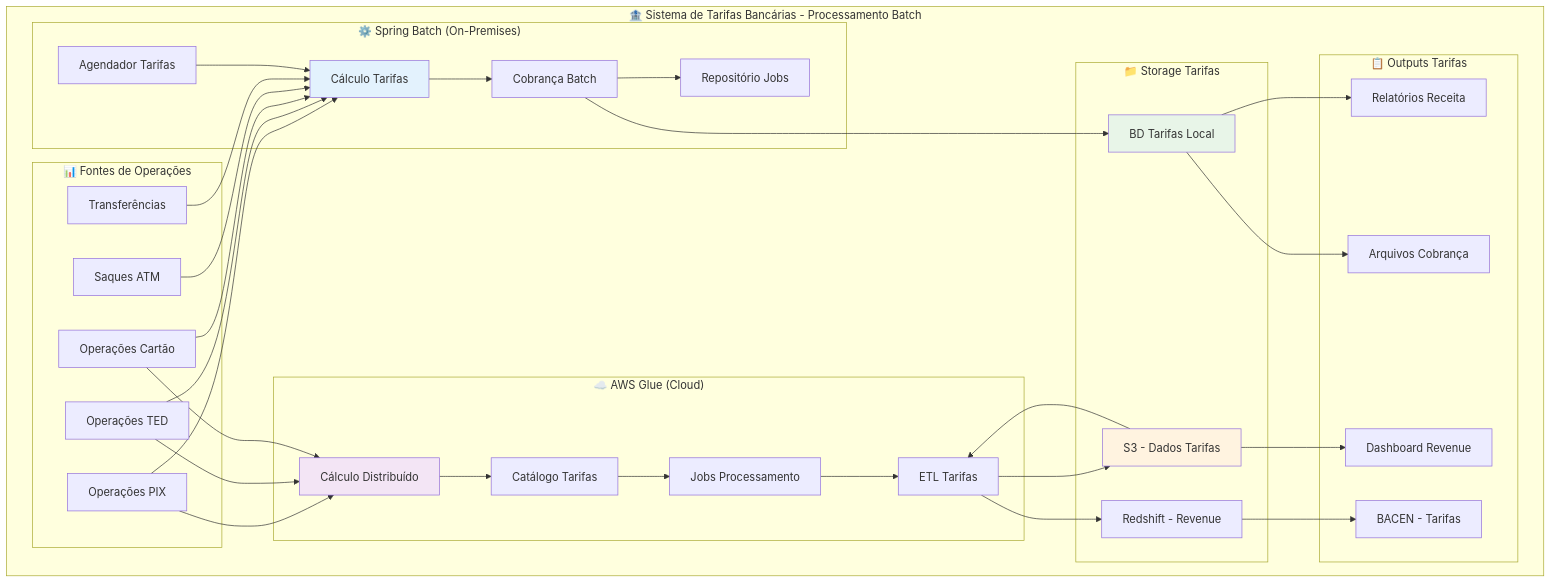
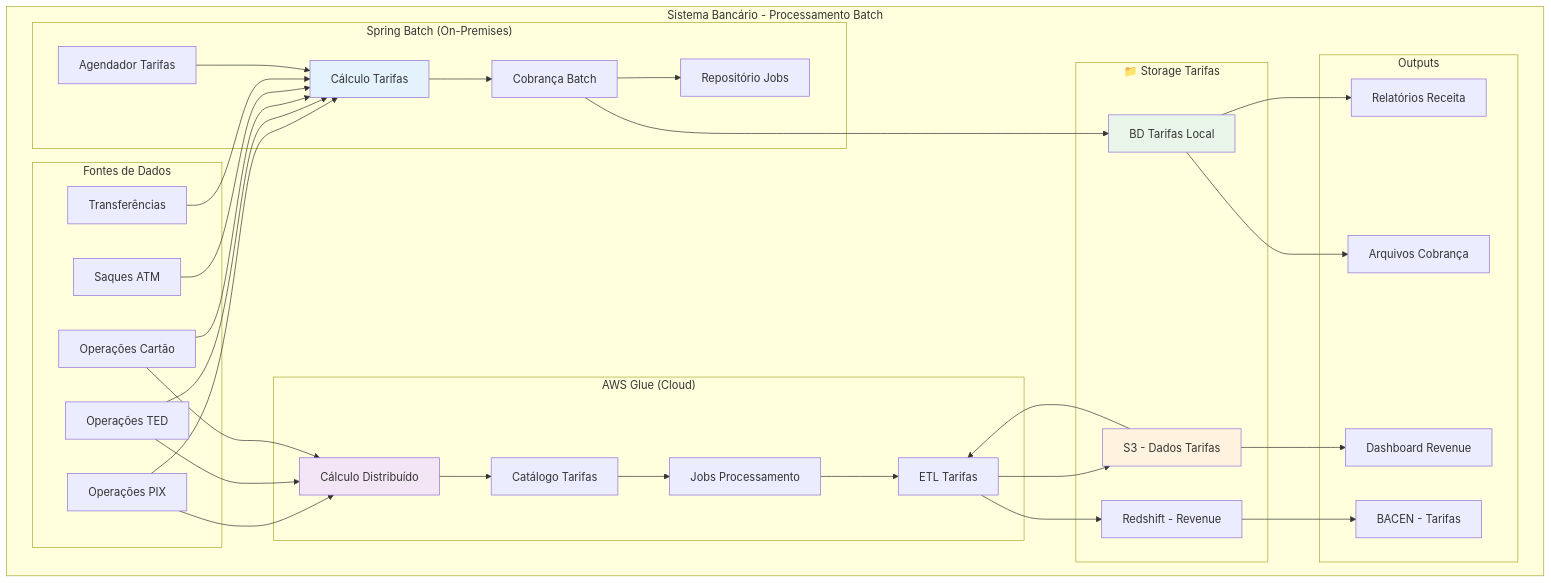
Before and after one commit to rafaelsdiasdev/rafaelsdias.dev: the first of 2 diagrams in src/content/blog/spring-batch-vs-aws-glue-processamento-bancario.md, drawn with Mermaid. The commit also changed other lines of this file and 5 other files, not shown here.

````diff
--- a/src/content/blog/spring-batch-vs-aws-glue-processamento-bancario.md
+++ b/src/content/blog/spring-batch-vs-aws-glue-processamento-bancario.md
@@ -135,71 +135,71 @@
 ```mermaid
 flowchart TB
-    subgraph "🏦 Sistema de Tarifas Bancárias - Processamento Batch"
-        subgraph "📊 Fontes de Operações"
+    subgraph "Sistema Bancário - Processamento Batch"
+        subgraph "Fontes de Dados"
             PIX_OPS[Operações PIX]
             TED_OPS[Operações TED]
             CARD_OPS[Operações Cartão]
             ATM_OPS[Saques ATM]
             TRANSFER_OPS[Transferências]
         end
         
-        subgraph "⚙️ Spring Batch (On-Premises)"
+        subgraph "Spring Batch (On-Premises)"
             SB_SCHEDULER[Agendador Tarifas]
             SB_JOB_REPO[Repositório Jobs]
             SB_CALC[Cálculo Tarifas]
             SB_COBRANCA[Cobrança Batch]
         end
         
-        subgraph "☁️ AWS Glue (Cloud)"
+        subgraph "AWS Glue (Cloud)"
             GLUE_CATALOG[Catálogo Tarifas]
             GLUE_JOBS[Jobs Processamento]
             GLUE_CALC[Cálculo Distribuído]
             GLUE_ETL[ETL Tarifas]
         end
         
         subgraph "📁 Storage Tarifas"
             S3_TARIFAS[S3 - Dados Tarifas]
             REDSHIFT_REV[Redshift - Revenue]
             LOCAL_TARIFAS[BD Tarifas Local]
         end
         
-        subgraph "📋 Outputs Tarifas"
+        subgraph "Outputs"
             TARIFA_REPORTS[Relatórios Receita]
             COBRANCA_FILES[Arquivos Cobrança]
             REVENUE_DASH[Dashboard Revenue]
             BACEN_TARIFA[BACEN - Tarifas]
         end
     end
     
     PIX_OPS --> SB_CALC
     TED_OPS --> SB_CALC
     CARD_OPS --> SB_CALC
     ATM_OPS --> SB_CALC
     TRANSFER_OPS --> SB_CALC
     
     SB_SCHEDULER --> SB_CALC
     SB_CALC --> SB_COBRANCA
     SB_COBRANCA --> SB_JOB_REPO
     
     PIX_OPS --> GLUE_CALC
     TED_OPS --> GLUE_CALC
     CARD_OPS --> GLUE_CALC
     S3_TARIFAS --> GLUE_ETL
     GLUE_CALC --> GLUE_CATALOG
     GLUE_CATALOG --> GLUE_JOBS
     GLUE_JOBS --> GLUE_ETL
     
     SB_COBRANCA --> LOCAL_TARIFAS
     GLUE_ETL --> S3_TARIFAS
     GLUE_ETL --> REDSHIFT_REV
     
     LOCAL_TARIFAS --> TARIFA_REPORTS
     LOCAL_TARIFAS --> COBRANCA_FILES
     S3_TARIFAS --> REVENUE_DASH
     REDSHIFT_REV --> BACEN_TARIFA
     
     style SB_CALC fill:#e3f2fd
     style GLUE_CALC fill:#f3e5f5
     style LOCAL_TARIFAS fill:#e8f5e8
     style S3_TARIFAS fill:#fff3e0
 ```
````
